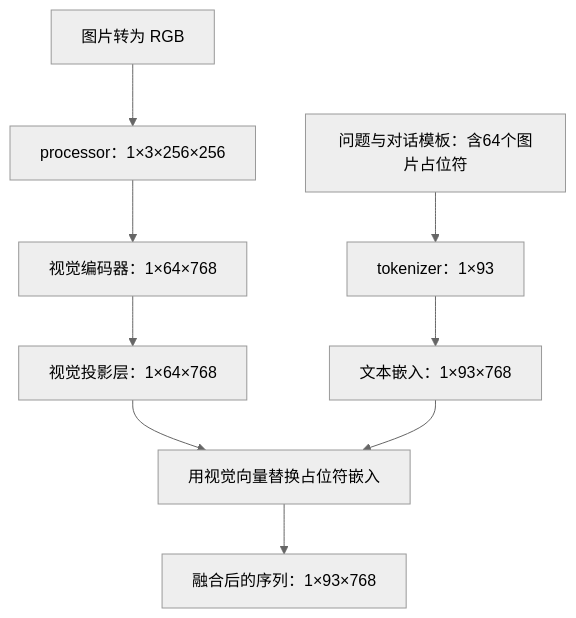
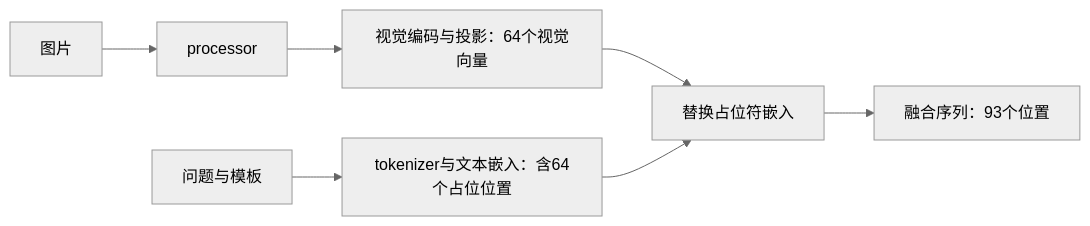
Before and after one commit to cry-07/minimind-v-inference-study: the diagram in README.md, drawn with Mermaid (neutral theme). The commit also changed other lines of this file, not shown here.

````diff
--- a/README.md
+++ b/README.md
@@ -30,11 +125,9 @@
 ```mermaid
-flowchart TD
-    A[图片转为 RGB] --> B[processor：1×3×256×256]
-    B --> C[视觉编码器：1×64×768]
-    C --> D[视觉投影层：1×64×768]
-    E[问题与对话模板：含64个图片占位符] --> F[tokenizer：1×93]
-    F --> G[文本嵌入：1×93×768]
-    D --> H[用视觉向量替换占位符嵌入]
-    G --> H
-    H --> I[融合后的序列：1×93×768]
+flowchart LR
+    A[图片] --> B[processor]
+    B --> C[视觉编码与投影：64个视觉向量]
+    D[问题与模板] --> E[tokenizer与文本嵌入：含64个占位位置]
+    C --> F[替换占位符嵌入]
+    E --> F
+    F --> G[融合序列：93个位置]
 ```
````
